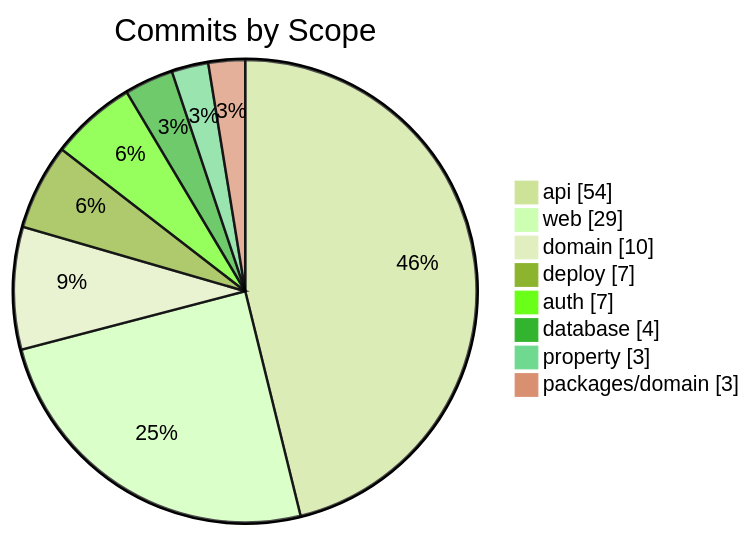
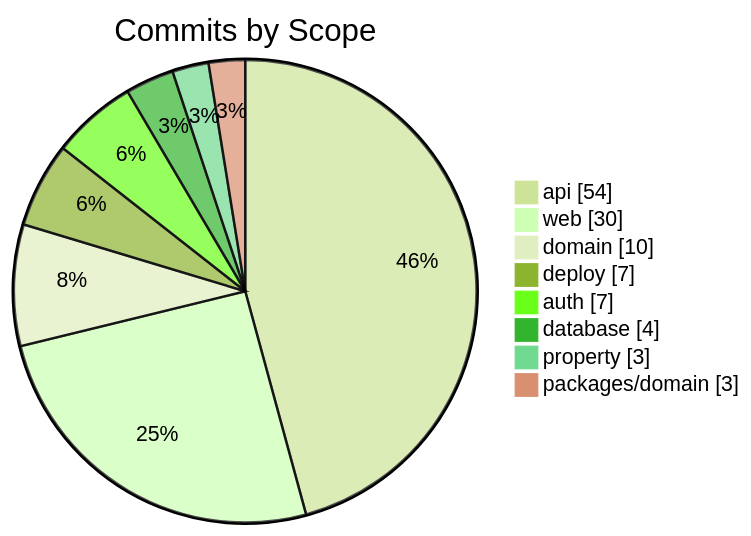
The second of 3 diagrams in docs/STATS.md (Whytalik/fix-space), drawn with Mermaid (forest theme) before and after one commit. The commit also changed other lines of this file and 1 other file, not shown here.

````diff
--- a/docs/STATS.md
+++ b/docs/STATS.md
@@ -25,12 +25,12 @@
 ```mermaid
 pie showData
     title Commits by Scope
     "api" : 54
-    "web" : 29
+    "web" : 30
     "domain" : 10
     "deploy" : 7
     "auth" : 7
     "database" : 4
     "property" : 3
     "packages/domain" : 3
 ```
````
